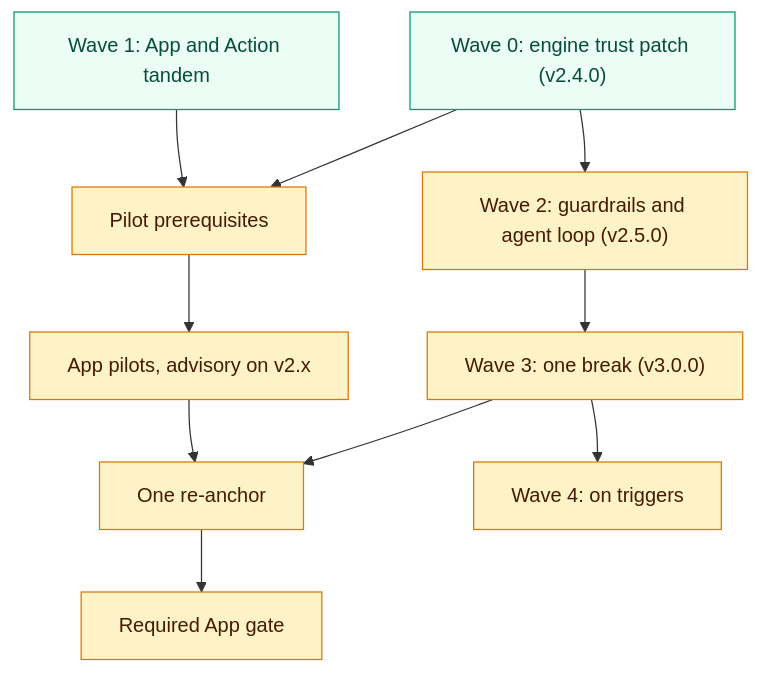
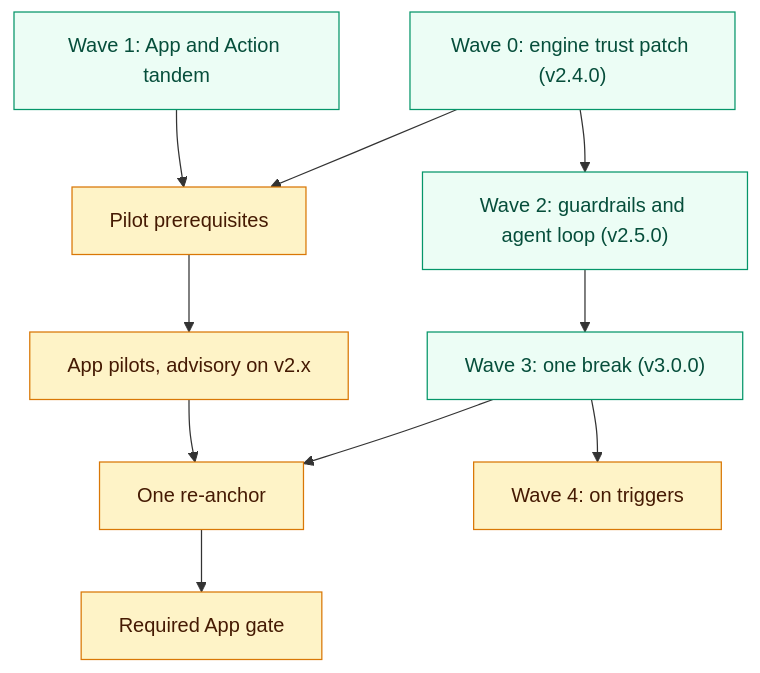
Before and after one commit to alexei-led/archfit: the diagram in docs/plans/erosion-prevention/erosion-roadmap.md, drawn with Mermaid. The commit also changed other lines of this file and 496 other files, not shown here.

````diff
--- a/docs/plans/erosion-prevention/erosion-roadmap.md
+++ b/docs/plans/erosion-prevention/erosion-roadmap.md
@@ -50,23 +50,23 @@
 ```mermaid
 flowchart TD
     W0["Wave 0: engine trust patch (v2.4.0)"]:::done
     W1["Wave 1: App and Action tandem"]:::done
     PRE["Pilot prerequisites"]:::open
     PIL["App pilots, advisory on v2.x"]:::open
-    W2["Wave 2: guardrails and agent loop (v2.5.0)"]:::open
-    W3["Wave 3: one break (v3.0.0)"]:::open
+    W2["Wave 2: guardrails and agent loop (v2.5.0)"]:::done
+    W3["Wave 3: one break (v3.0.0)"]:::done
     RA["One re-anchor"]:::open
     GATE["Required App gate"]:::open
     W4["Wave 4: on triggers"]:::open
     W0 --> PRE
     W1 --> PRE
     PRE --> PIL
     W0 --> W2
     W2 --> W3
     W3 --> RA
     PIL --> RA
     RA --> GATE
     W3 --> W4
     classDef done fill:#ecfdf5,stroke:#059669,color:#064e3b
     classDef open fill:#fef3c7,stroke:#d97706,color:#451a03
 ```
````
